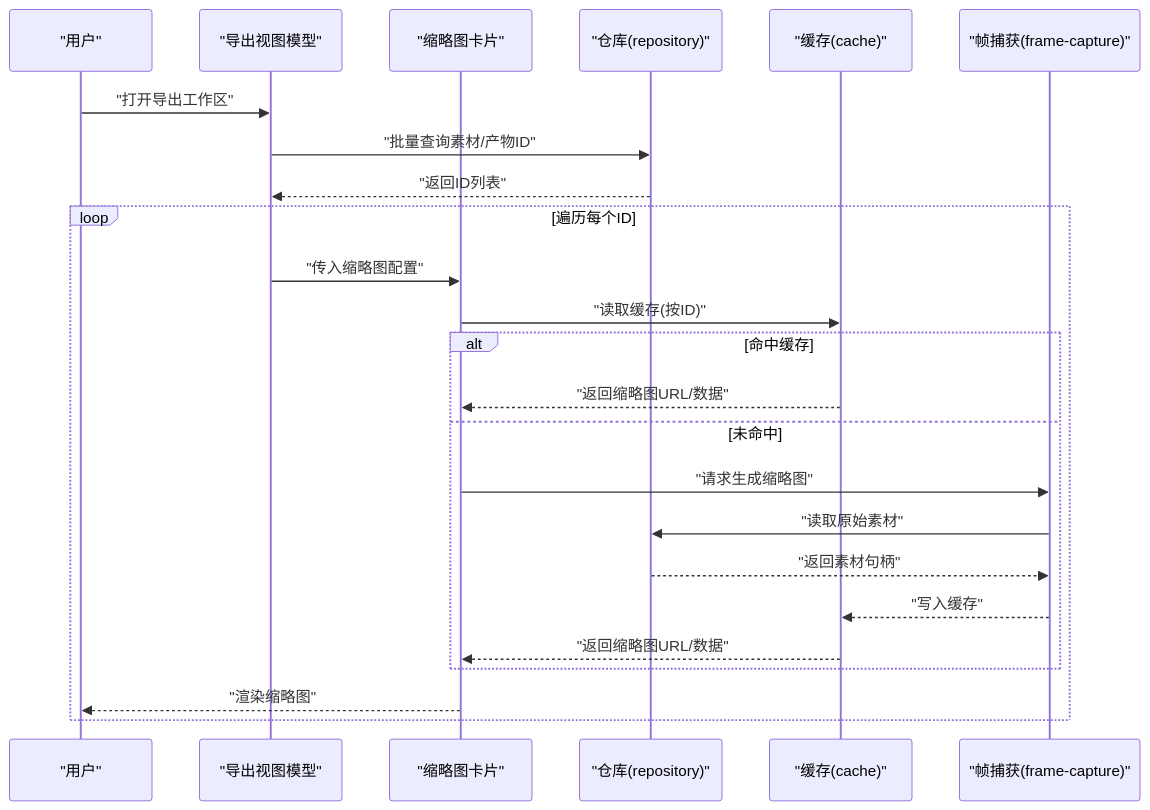
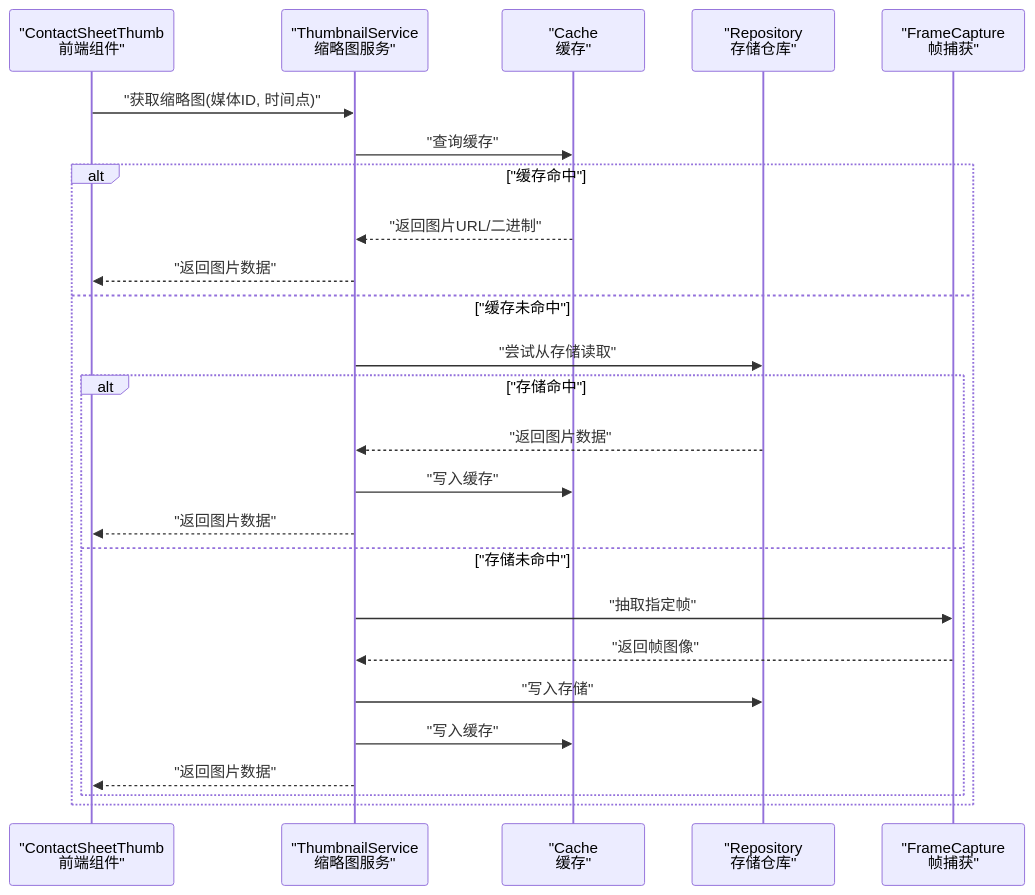
Before and after one commit to AIMFllyYS/code-video-canvas: the second of 3 diagrams in .qoder/repowiki/zh/content/UI 组件库/业务组件/缩略图组件.md, drawn with Mermaid. The commit also changed other lines of this file and 20 other files, not shown here.

````diff
--- a/.qoder/repowiki/zh/content/UI 组件库/业务组件/缩略图组件.md
+++ b/.qoder/repowiki/zh/content/UI 组件库/业务组件/缩略图组件.md
@@ -129,26 +93,27 @@
 ```mermaid
 sequenceDiagram
-participant U as "用户"
-participant V as "导出视图模型"
-participant T as "缩略图卡片"
-participant R as "仓库(repository)"
-participant K as "缓存(cache)"
-participant F as "帧捕获(frame-capture)"
-U->>V : "打开导出工作区"
-V->>R : "批量查询素材/产物ID"
-R-->>V : "返回ID列表"
-loop 遍历每个ID
-V->>T : "传入缩略图配置"
-T->>K : "读取缓存(按ID)"
-alt 命中缓存
-K-->>T : "返回缩略图URL/数据"
-else 未命中
-T->>F : "请求生成缩略图"
-F->>R : "读取原始素材"
-R-->>F : "返回素材句柄"
-F-->>K : "写入缓存"
-K-->>T : "返回缩略图URL/数据"
+participant UI as "ContactSheetThumb<br/>前端组件"
+participant Thumb as "ThumbnailService<br/>缩略图服务"
+participant Cache as "Cache<br/>缓存"
+participant Repo as "Repository<br/>存储仓库"
+participant Capture as "FrameCapture<br/>帧捕获"
+UI->>Thumb : "获取缩略图(媒体ID, 时间点)"
+Thumb->>Cache : "查询缓存"
+alt "缓存命中"
+Cache-->>Thumb : "返回图片URL/二进制"
+Thumb-->>UI : "返回图片数据"
+else "缓存未命中"
+Thumb->>Repo : "尝试从存储读取"
+alt "存储命中"
+Repo-->>Thumb : "返回图片数据"
+Thumb->>Cache : "写入缓存"
+Thumb-->>UI : "返回图片数据"
+else "存储未命中"
+Thumb->>Capture : "抽取指定帧"
+Capture-->>Thumb : "返回帧图像"
+Thumb->>Repo : "写入存储"
+Thumb->>Cache : "写入缓存"
+Thumb-->>UI : "返回图片数据"
 end
-T-->>U : "渲染缩略图"
 end
 ```
````
